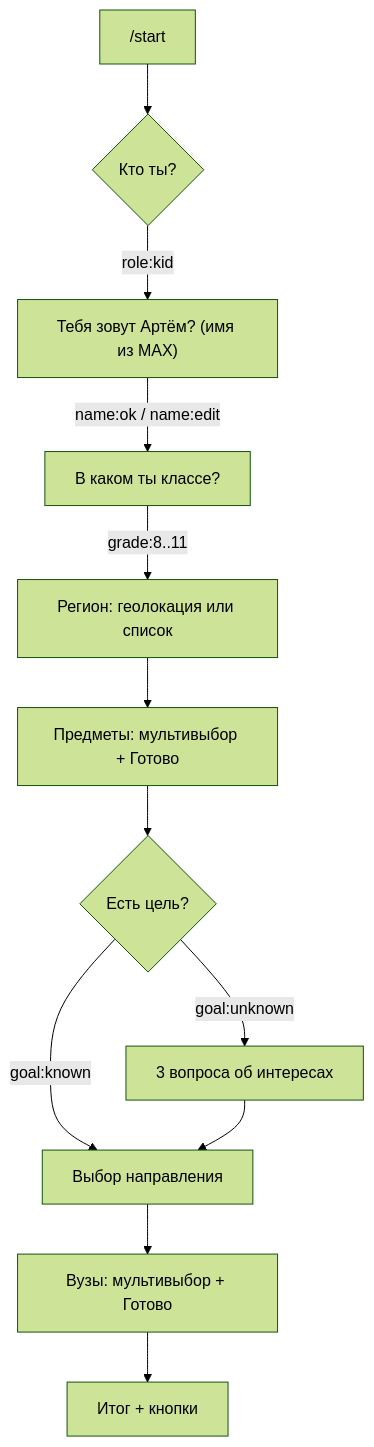
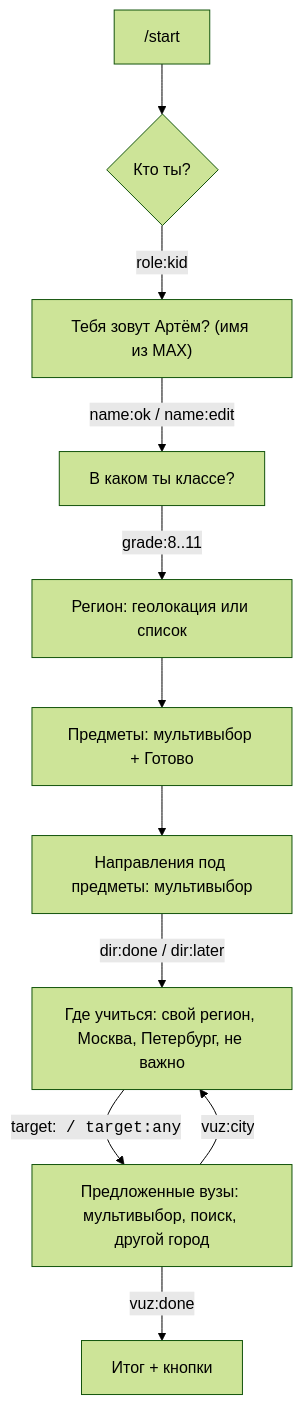
Before and after one commit to ArthurBabkin/max-hackathon: the first of 3 diagrams in docs/TZ.md, drawn with Mermaid (forest theme). The commit also changed other lines of this file and 40 other files, not shown here.

First line of the commit message:
feat: онбординг — несколько направлений, город и необязательные вузы

````diff
--- a/docs/TZ.md
+++ b/docs/TZ.md
@@ -303,13 +305,13 @@
 ```mermaid
 flowchart TD
   S["/start"] --> R{"Кто ты?"}
   R -->|"role:kid"| N["Тебя зовут Артём? (имя из MAX)"]
   N -->|"name:ok / name:edit"| C["В каком ты классе?"]
   C -->|"grade:8..11"| G["Регион: геолокация или список"]
   G --> P["Предметы: мультивыбор + Готово"]
-  P --> T{"Есть цель?"}
-  T -->|"goal:known"| D["Выбор направления"]
-  T -->|"goal:unknown"| I["3 вопроса об интересах"] --> D
-  D --> V["Вузы: мультивыбор + Готово"]
-  V --> RES["Итог + кнопки"]
+  P --> D["Направления под предметы: мультивыбор"]
+  D -->|"dir:done / dir:later"| T["Где учиться: свой регион, Москва, Петербург, не важно"]
+  T -->|"target:<code> / target:any"| V["Предложенные вузы: мультивыбор, поиск, другой город"]
+  V -->|"vuz:city"| T
+  V -->|"vuz:done"| RES["Итог + кнопки"]
 ```
````
